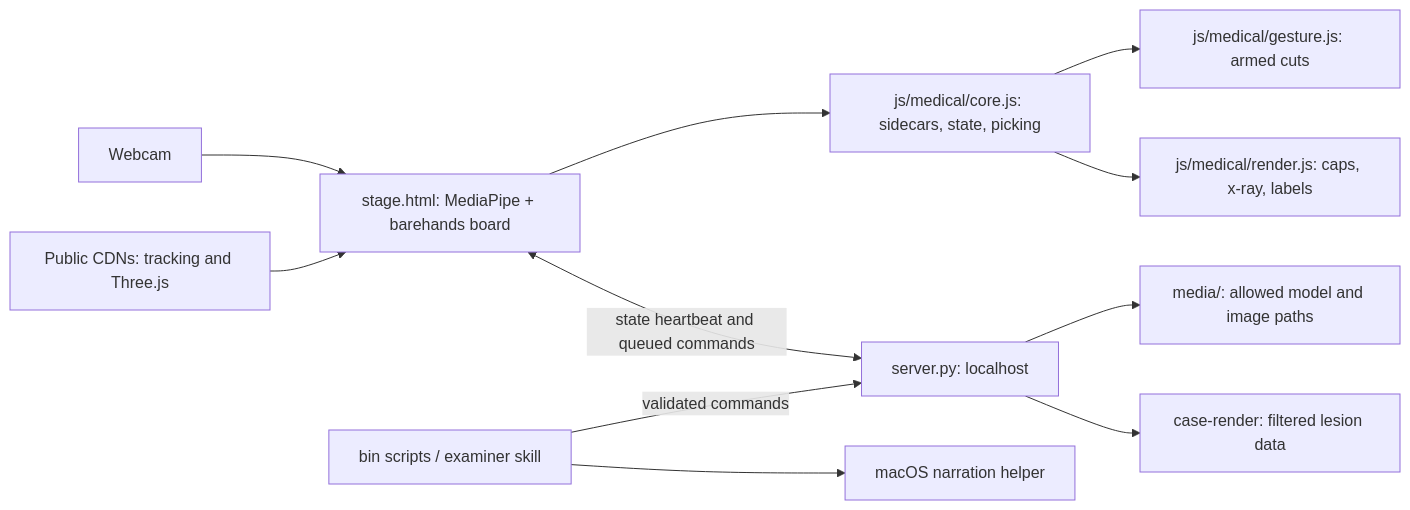
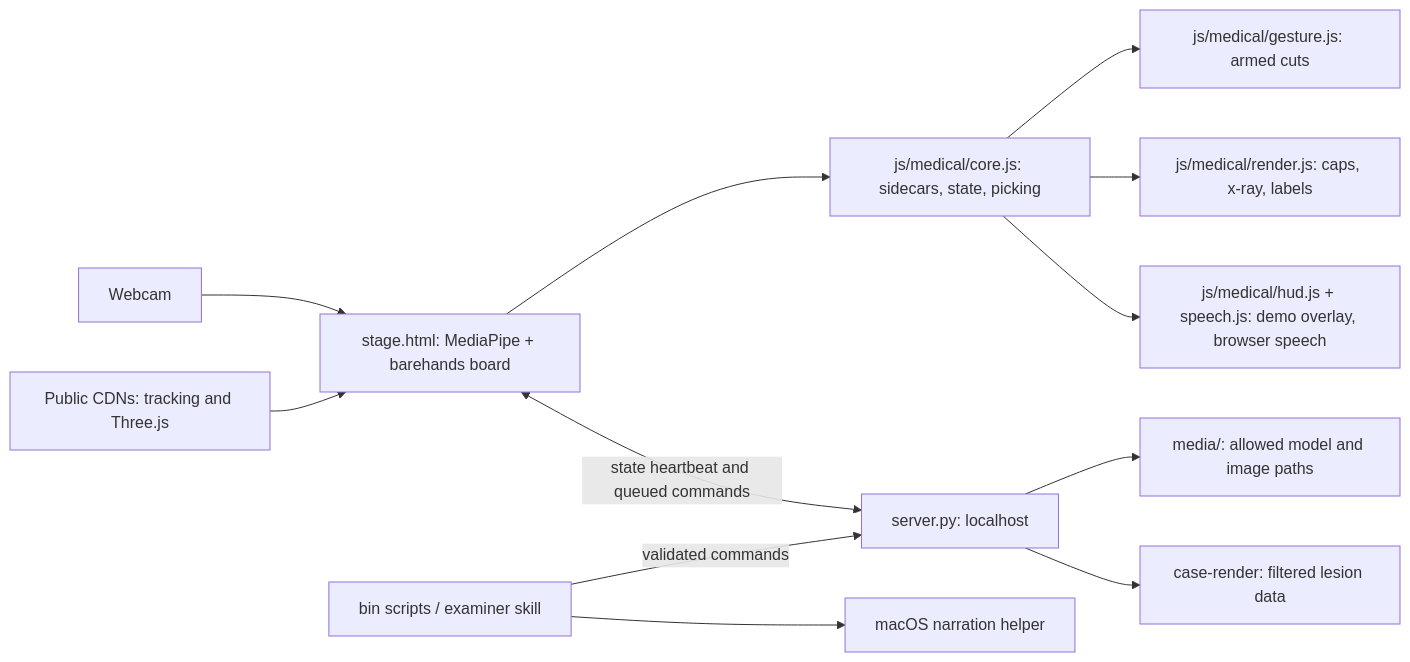
The first of 4 diagrams in docs/architecture/system.md (s-meher/jas-grainger), drawn with Mermaid before and after one commit. The commit also changed other lines of this file and 18 other files, not shown here.

Commit message:
feat(ui): add Phase 4 speech HUD and opt-in cursor smoothing

````diff
--- a/docs/architecture/system.md
+++ b/docs/architecture/system.md
@@ -10,13 +10,14 @@
 ```mermaid
 flowchart LR
   Camera[Webcam] --> Board[stage.html: MediaPipe + barehands board]
   CDN[Public CDNs: tracking and Three.js] --> Board
   Board --> Core[js/medical/core.js: sidecars, state, picking]
   Core --> Gesture[js/medical/gesture.js: armed cuts]
   Core --> Render[js/medical/render.js: caps, x-ray, labels]
   Board <-->|state heartbeat and queued commands| Server[server.py: localhost]
   Server --> Media[media/: allowed model and image paths]
   Server --> Case[case-render: filtered lesion data]
   Driver[bin scripts / examiner skill] -->|validated commands| Server
   Driver --> Narrate[macOS narration helper]
+  Core --> Hud[js/medical/hud.js + speech.js: demo overlay, browser speech]
 ```
````
